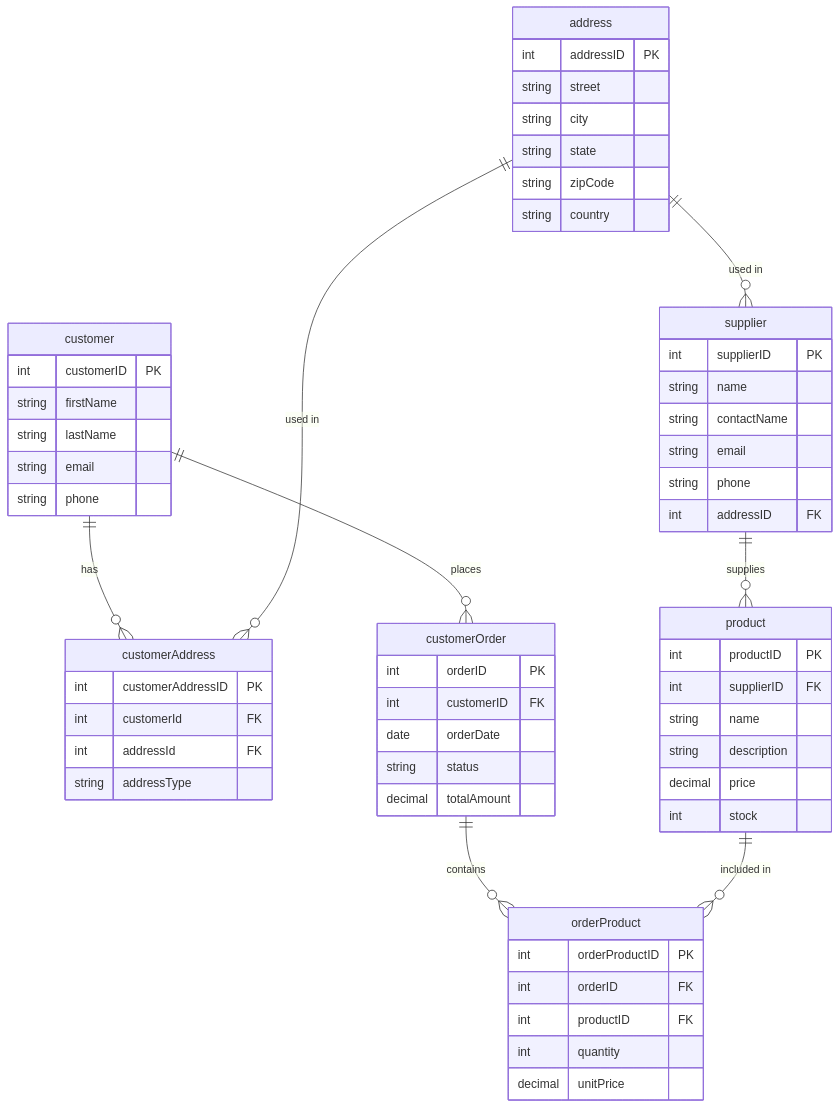
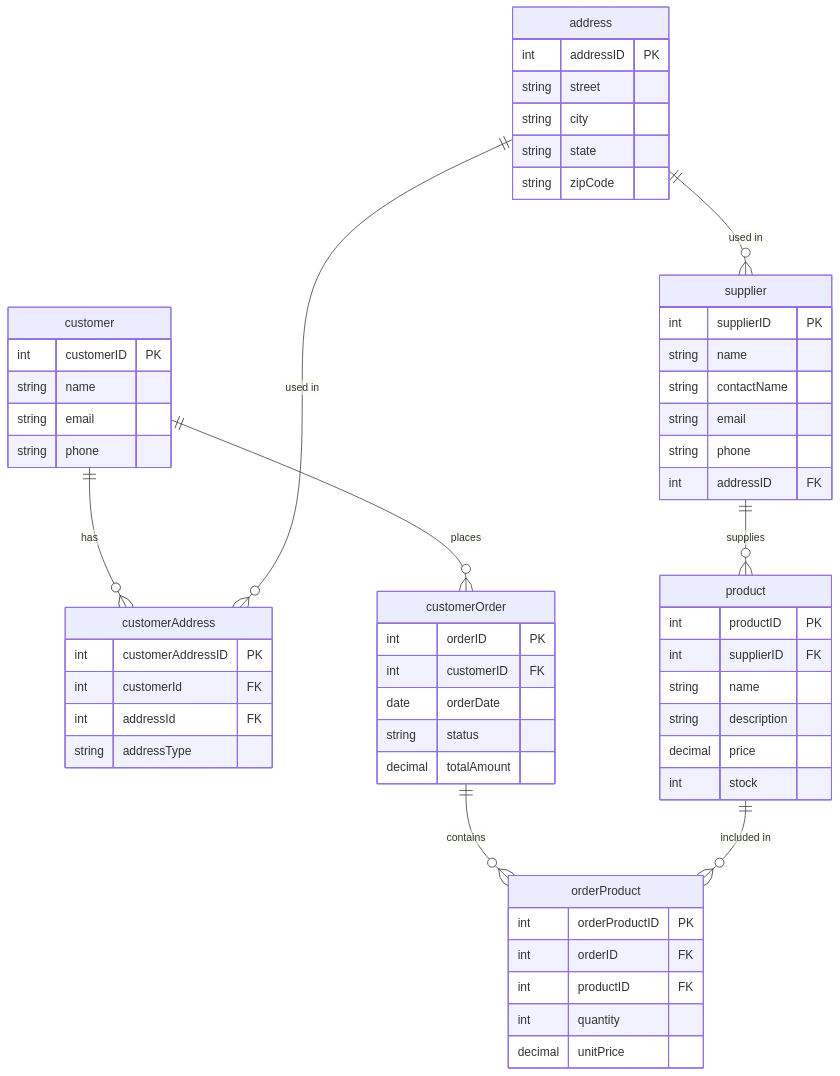
The first of 3 diagrams in Segunda/fracmentos/exercise7.md (to489686/Bases-de-datos-distribuidas), drawn with Mermaid before and after one commit. The commit also changed other lines of this file, not shown here.

````diff
--- a/Segunda/fracmentos/exercise7.md
+++ b/Segunda/fracmentos/exercise7.md
@@ -81,68 +81,66 @@
 ```mermaid
 erDiagram
     customer {
         int customerID PK
-        string firstName
-        string lastName
+        string name
         string email
         string phone
     }
 
     address {
         int addressID PK
         string street
         string city
         string state
         string zipCode
-        string country
     }
 
     customerAddress {
         int customerAddressID PK
         int customerId FK
         int addressId FK
         string addressType
     }
 
     supplier {
         int supplierID PK
         string name
         string contactName
         string email
         string phone
         int addressID FK
     }
 
     product {
         int productID PK
         int supplierID FK
         string name
         string description
         decimal price
         int stock
     }
 
     customerOrder {
         int orderID PK
         int customerID FK
         date orderDate
         string status
         decimal totalAmount
     }
 
     orderProduct {
         int orderProductID PK
         int orderID FK
         int productID FK
         int quantity
         decimal unitPrice
     }
 
     customer ||--o{ customerAddress : "has"
     address ||--o{ customerAddress : "used in"
     customer ||--o{ customerOrder : "places"
     customerOrder ||--o{ orderProduct : "contains"
     product ||--o{ orderProduct : "included in"
     supplier ||--o{ product : "supplies"
     address ||--o{ supplier : "used in"
 ```
````
